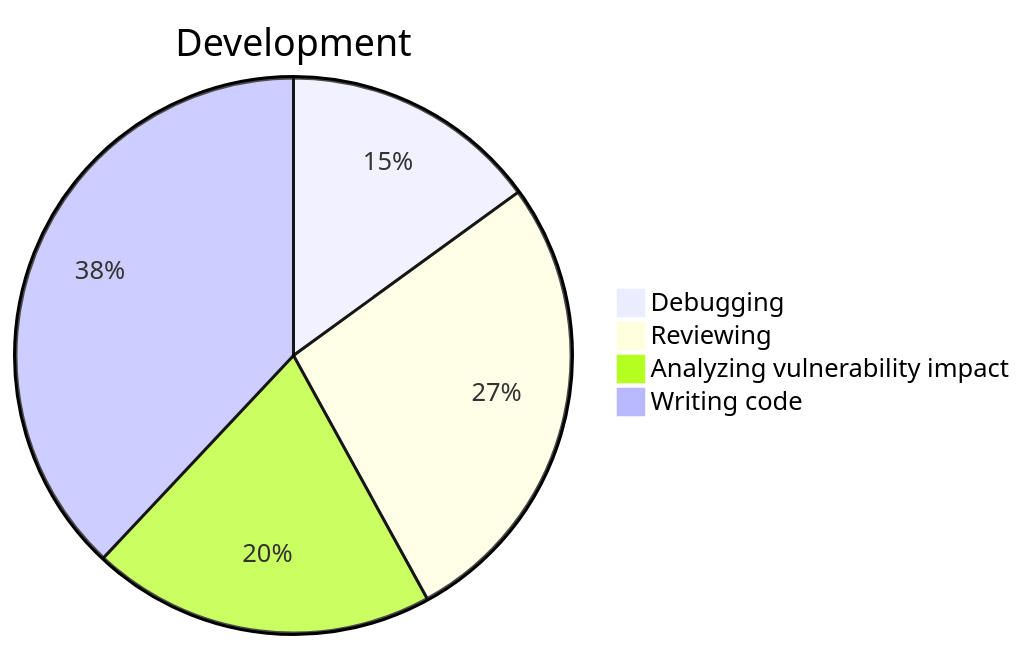
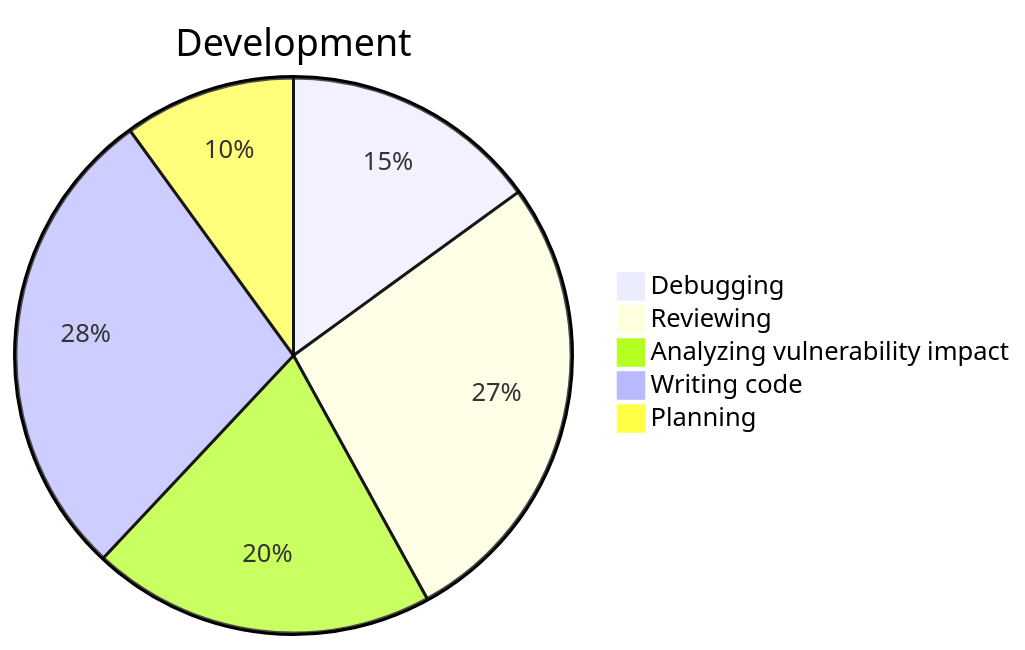
One commit to SYOP200/astra changed the diagram in README.md. Above: the diagram before and after it, drawn with Mermaid.

````diff
--- a/README.md
+++ b/README.md
@@ -209,7 +209,8 @@
 ```mermaid
 pie title Development
     "Debugging" : 15
     "Reviewing" : 27
     "Analyzing vulnerability impact" : 20
-    "Writing code" : 38
+    "Writing code" : 28
+    "Planning" : 10
 ```
````
